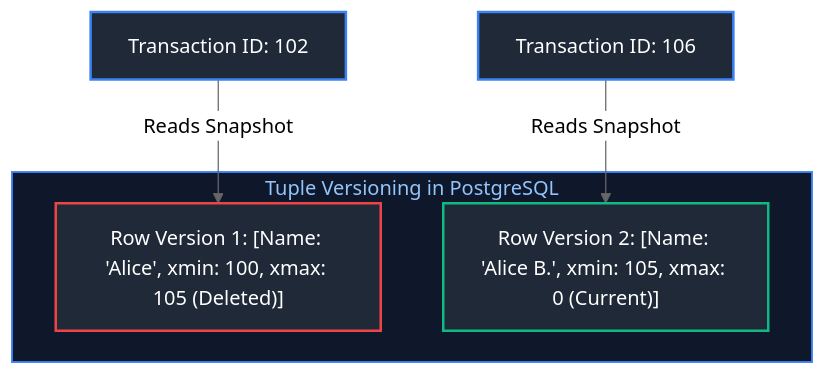
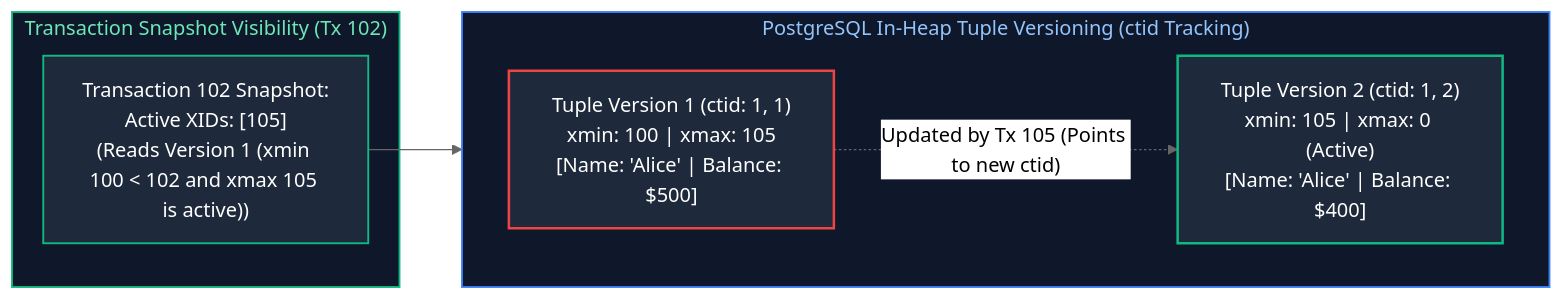
Before and after one commit to joydeep-biswas/Interview-Preparation: diagram 21 of 23 in Data Engineering/04_database_internals_and_performance.md, drawn with Mermaid (neutral theme). The commit also changed other lines of this file and 143 other files, not shown here.

````diff
--- a/Data Engineering/04_database_internals_and_performance.md
+++ b/Data Engineering/04_database_internals_and_performance.md
@@ -1441,17 +1159,21 @@
 ```mermaid
-flowchart TD
-    subgraph TupleVersioning ["Tuple Versioning in PostgreSQL"]
-        V1["Row Version 1: [Name: 'Alice', xmin: 100, xmax: 105 (Deleted)]"]
-        V2["Row Version 2: [Name: 'Alice B.', xmin: 105, xmax: 0 (Current)]"]
+flowchart LR
+    subgraph PG_MVCC ["PostgreSQL In-Heap Tuple Versioning (ctid Tracking)"]
+        direction LR
+        V1["Tuple Version 1 (ctid: 1, 1)<br/>xmin: 100 | xmax: 105<br/>[Name: 'Alice' | Balance: $500]"]
+        V2["Tuple Version 2 (ctid: 1, 2)<br/>xmin: 105 | xmax: 0 (Active)<br/>[Name: 'Alice' | Balance: $400]"]
+        V1 -.->|"Updated by Tx 105 (Points to new ctid)"| V2
     end
-    
-    Tx102["Transaction ID: 102"] -->|Reads Snapshot| V1
-    Tx106["Transaction ID: 106"] -->|Reads Snapshot| V2
 
-    style TupleVersioning fill:#0f172a,stroke:#3b82f6,stroke-width:1.5px,color:#93c5fd
+    subgraph TxSnapshot ["Transaction Snapshot Visibility (Tx 102)"]
+        Tx102["Transaction 102 Snapshot:<br/>Active XIDs: [105]<br/>(Reads Version 1 (xmin 100 < 102 and xmax 105 is active))"]
+    end
 
-    style V1 fill:#1f2937,stroke:#ef4444,stroke-width:2px,color:#fff
-    style V2 fill:#1f2937,stroke:#10b981,stroke-width:2px,color:#fff
-    style Tx102 fill:#1f2937,stroke:#3b82f6,stroke-width:2px,color:#fff
-    style Tx106 fill:#1f2937,stroke:#3b82f6,stroke-width:2px,color:#fff
+    Tx102 --> V1
+
+    style PG_MVCC fill:#0f172a,stroke:#3b82f6,stroke-width:1.5px,color:#93c5fd
+    style TxSnapshot fill:#0f172a,stroke:#10b981,stroke-width:1.5px,color:#6ee7b7
+    style V1 fill:#1e293b,stroke:#ef4444,stroke-width:2px,color:#fff
+    style V2 fill:#1e293b,stroke:#10b981,stroke-width:2px,color:#fff
+    style Tx102 fill:#1e293b,stroke:#10b981,stroke-width:1.5px,color:#fff
 ```
````
